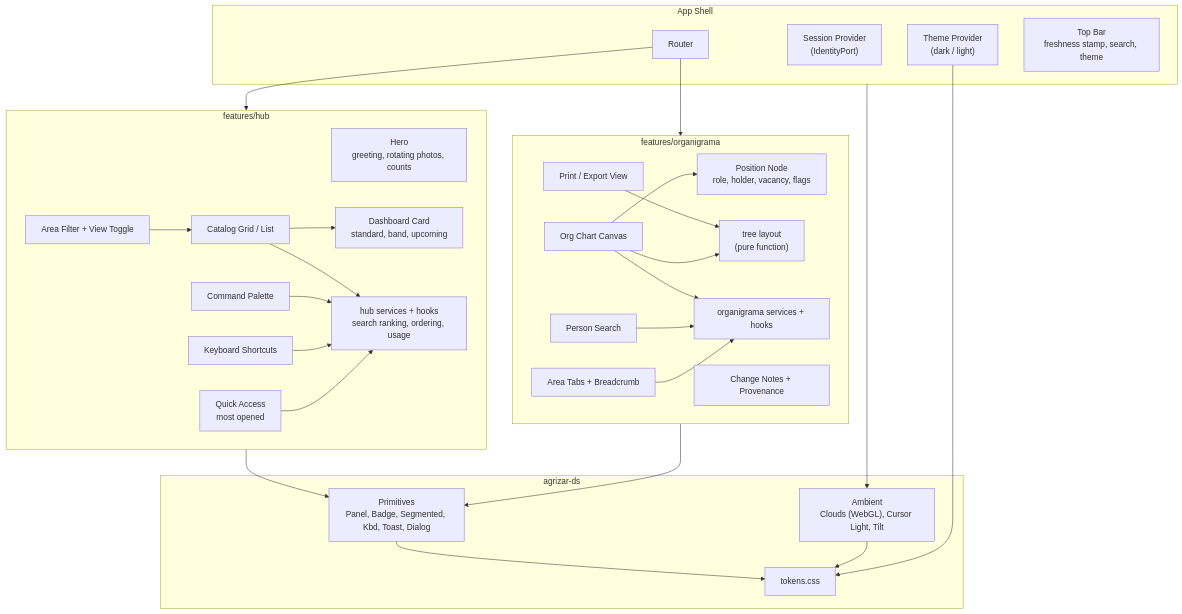
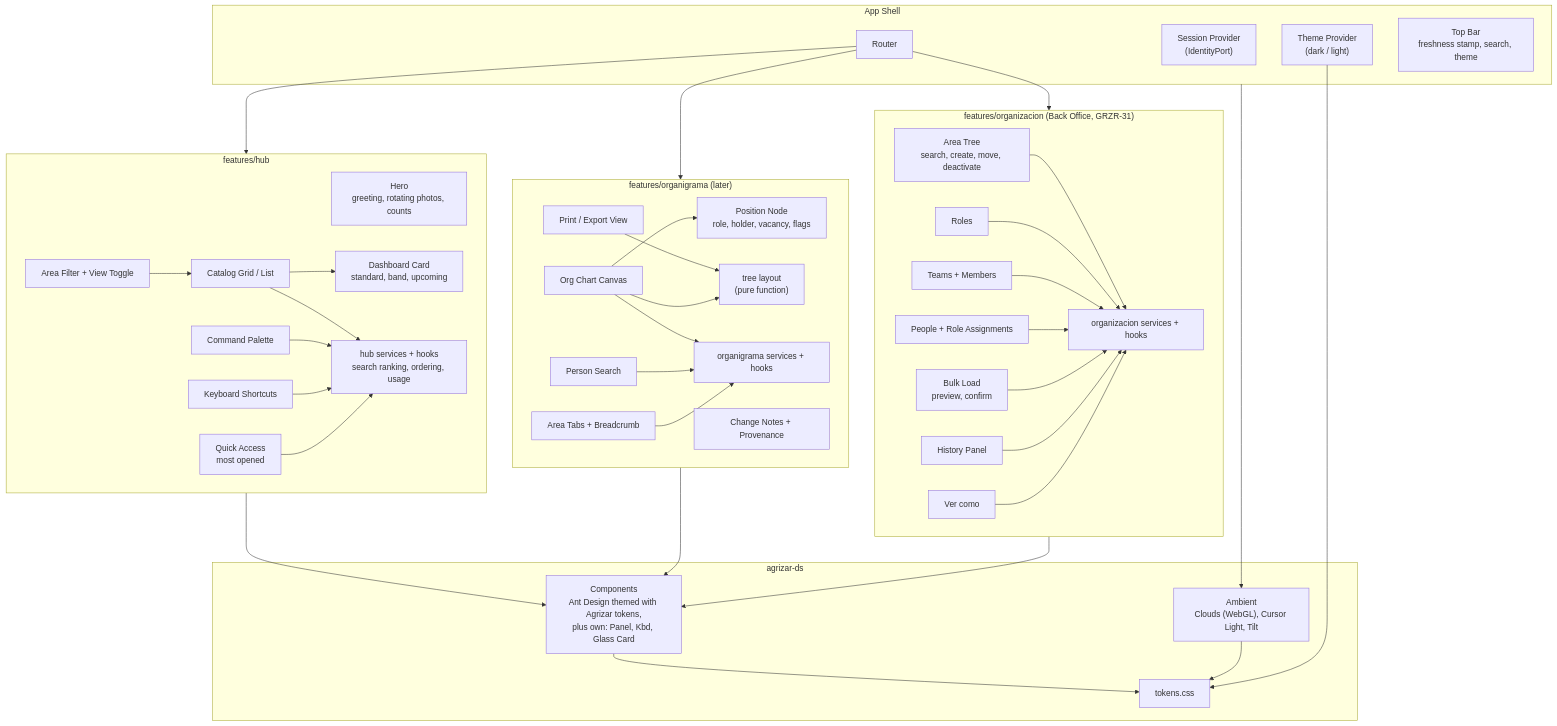
One commit to CreAI-mx/agrizar-origo-capital-humano changed the third of 9 diagrams in docs/architecture/component-diagrams.md. Above: the diagram before and after it, drawn with Mermaid. The commit also changed other lines of this file and 59 other files, not shown here.

First line of the commit message:
Build MD-2 organization tree with its Back Office (GRZR-31)

````diff
--- a/docs/architecture/component-diagrams.md
+++ b/docs/architecture/component-diagrams.md
@@ -125,58 +125,78 @@
 ```mermaid
 flowchart TB
   subgraph shell["App Shell"]
     router["Router"]
     session["Session Provider<br/>(IdentityPort)"]
     theme["Theme Provider<br/>(dark / light)"]
     topbar["Top Bar<br/>freshness stamp, search, theme"]
   end
 
   subgraph hub["features/hub"]
     hero["Hero<br/>greeting, rotating photos, counts"]
     quick["Quick Access<br/>most opened"]
     filt["Area Filter + View Toggle"]
     grid["Catalog Grid / List"]
     card["Dashboard Card<br/>standard, band, upcoming"]
     palette["Command Palette"]
     keys["Keyboard Shortcuts"]
     hsvc["hub services + hooks<br/>search ranking, ordering, usage"]
   end
 
-  subgraph org["features/organigrama"]
+  subgraph bo["features/organizacion (Back Office, GRZR-31)"]
+    tree["Area Tree<br/>search, create, move, deactivate"]
+    rolesui["Roles"]
+    teamsui["Teams + Members"]
+    peopleui["People + Role Assignments"]
+    loadui["Bulk Load<br/>preview, confirm"]
+    hist["History Panel"]
+    viewas["Ver como"]
+    bsvc["organizacion services + hooks"]
+  end
+
+  subgraph org["features/organigrama (later)"]
     tabs["Area Tabs + Breadcrumb"]
     canvas["Org Chart Canvas"]
     node["Position Node<br/>role, holder, vacancy, flags"]
     psearch["Person Search"]
     notes["Change Notes + Provenance"]
     print["Print / Export View"]
     layout["tree layout<br/>(pure function)"]
     osvc["organigrama services + hooks"]
   end
 
   subgraph ds["agrizar-ds"]
     tokens["tokens.css"]
-    prim["Primitives<br/>Panel, Badge, Segmented, Kbd, Toast, Dialog"]
+    prim["Components<br/>Ant Design themed with Agrizar tokens,<br/>plus own: Panel, Kbd, Glass Card"]
     amb["Ambient<br/>Clouds (WebGL), Cursor Light, Tilt"]
   end
 
   router --> hub
   router --> org
+  router --> bo
+  tree --> bsvc
+  rolesui --> bsvc
+  teamsui --> bsvc
+  peopleui --> bsvc
+  loadui --> bsvc
+  hist --> bsvc
+  viewas --> bsvc
   grid --> card
   filt --> grid
   palette --> hsvc
   keys --> hsvc
   quick --> hsvc
   grid --> hsvc
   canvas --> node
   canvas --> layout
   tabs --> osvc
   psearch --> osvc
   canvas --> osvc
   print --> layout
   hub --> prim
   org --> prim
+  bo --> prim
   prim --> tokens
   amb --> tokens
   shell --> amb
   theme --> tokens
 ```
````
